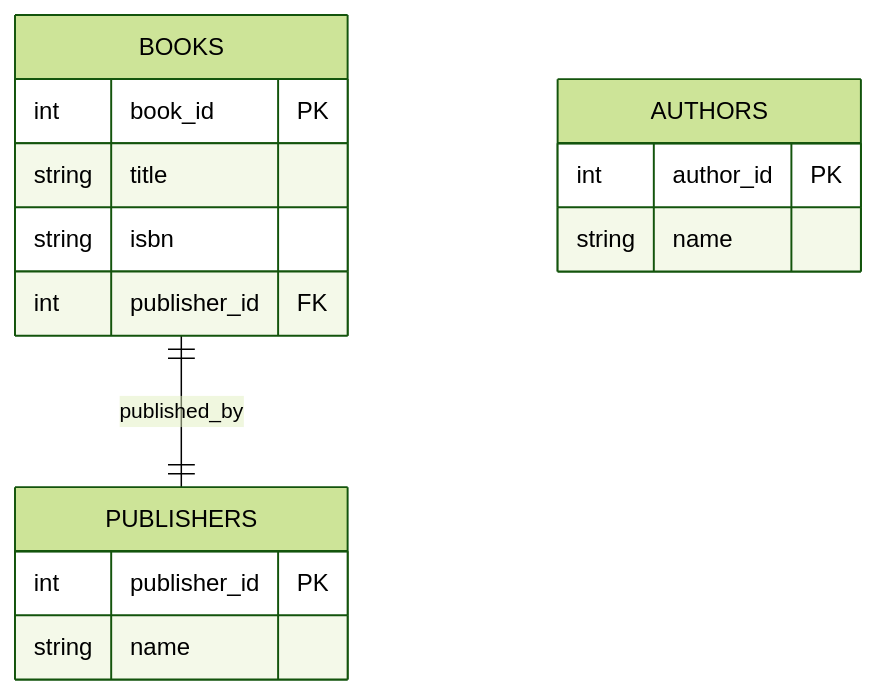
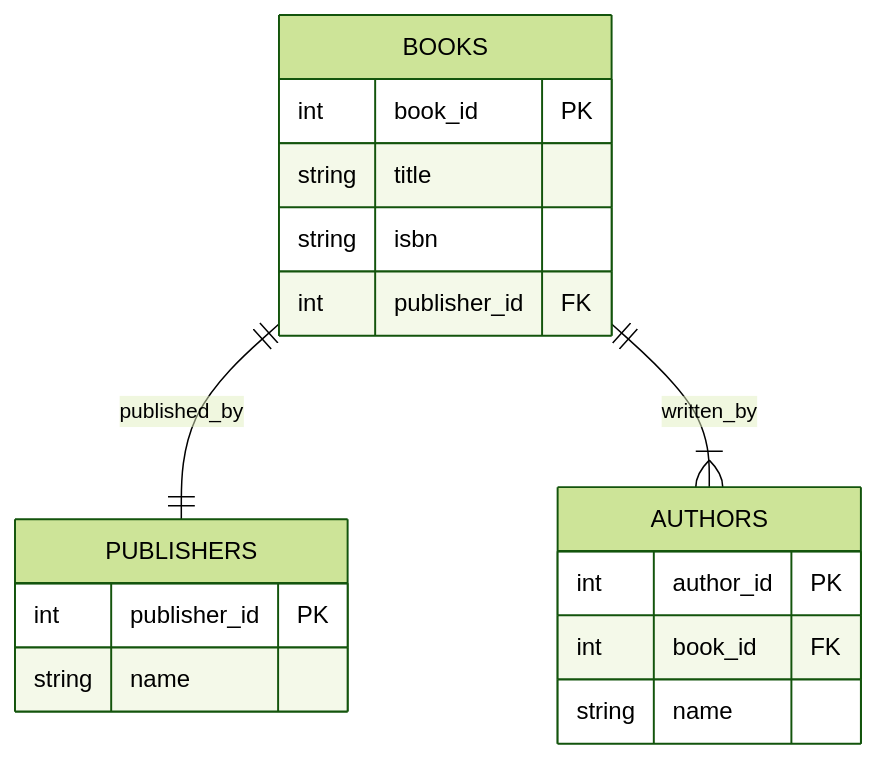
Before and after one commit to AdyGCode/SaaS-FED-Notes: the seventh of 8 diagrams in 2026/Session-05/Slides-05-03-Database-Design-Normalisation/slides.md, drawn with Mermaid (forest theme). The commit also changed other lines of this file and 4 other files, not shown here.

````diff
--- a/2026/Session-05/Slides-05-03-Database-Design-Normalisation/slides.md
+++ b/2026/Session-05/Slides-05-03-Database-Design-Normalisation/slides.md
@@ -852,18 +657,21 @@
 ```mermaid
 erDiagram
     BOOKS {
         int book_id PK
         string title
         string isbn
         int publisher_id FK
     }
     PUBLISHERS {
         int publisher_id PK
         string name
     }
     AUTHORS {
         int author_id PK
+        int book_id FK
         string name
     }
+    
     BOOKS ||--|| PUBLISHERS : published_by
+    BOOKS ||--|{ AUTHORS : written_by
 ```
````
